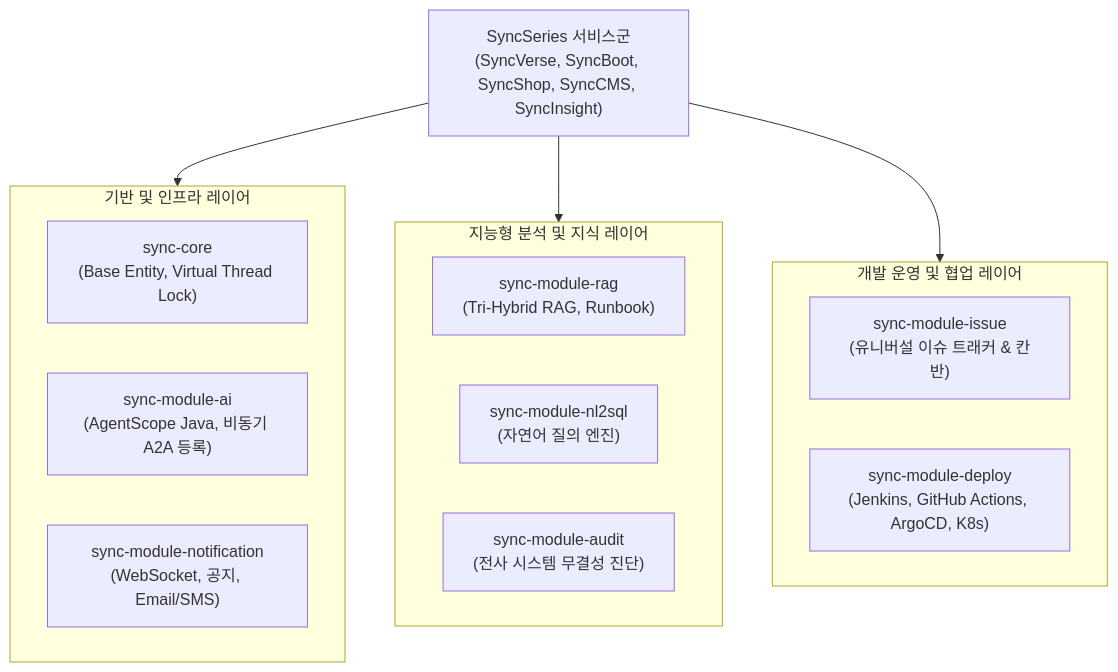
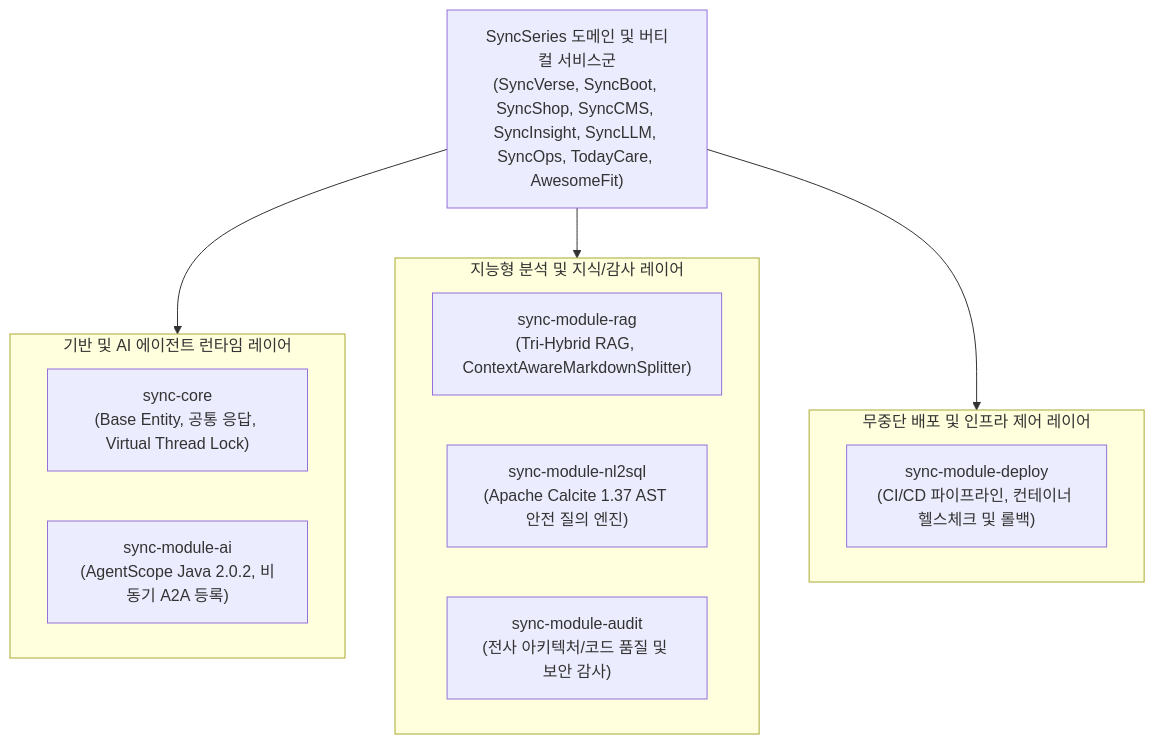
Before and after one commit to DramaticCollaboration/doc.github.io: the first of 2 diagrams in ko/ecosystem/shared-modules-and-sdk.md, drawn with Mermaid. The commit also changed other lines of this file and 49 other files, not shown here.

````diff
--- a/ko/ecosystem/shared-modules-and-sdk.md
+++ b/ko/ecosystem/shared-modules-and-sdk.md
@@ -20,25 +20,23 @@
 ```mermaid
 graph TD
-    App["SyncSeries 서비스군\n(SyncVerse, SyncBoot, SyncShop, SyncCMS, SyncInsight)"]
+    App["SyncSeries 도메인 및 버티컬 서비스군\n(SyncVerse, SyncBoot, SyncShop, SyncCMS, SyncInsight, SyncLLM, SyncOps, TodayCare, AwesomeFit)"]
     
-    subgraph CoreFoundation ["기반 및 인프라 레이어"]
-        Core["sync-core\n(Base Entity, Virtual Thread Lock)"]
-        Ai["sync-module-ai\n(AgentScope Java, 비동기 A2A 등록)"]
-        Noti["sync-module-notification\n(WebSocket, 공지, Email/SMS)"]
+    subgraph CoreFoundation ["기반 및 AI 에이전트 런타임 레이어"]
+        Core["sync-core\n(Base Entity, 공통 응답, Virtual Thread Lock)"]
+        Ai["sync-module-ai\n(AgentScope Java 2.0.2, 비동기 A2A 등록)"]
     end
 
-    subgraph IntelligenceLayer ["지능형 분석 및 지식 레이어"]
-        Rag["sync-module-rag\n(Tri-Hybrid RAG, Runbook)"]
-        Nl2Sql["sync-module-nl2sql\n(자연어 질의 엔진)"]
-        Audit["sync-module-audit\n(전사 시스템 무결성 진단)"]
+    subgraph IntelligenceLayer ["지능형 분석 및 지식/감사 레이어"]
+        Rag["sync-module-rag\n(Tri-Hybrid RAG, ContextAwareMarkdownSplitter)"]
+        Nl2Sql["sync-module-nl2sql\n(Apache Calcite 1.37 AST 안전 질의 엔진)"]
+        Audit["sync-module-audit\n(전사 아키텍처/코드 품질 및 보안 감사)"]
     end
 
-    subgraph DeliveryLayer ["개발 운영 및 협업 레이어"]
-        Issue["sync-module-issue\n(유니버설 이슈 트래커 & 칸반)"]
-        Deploy["sync-module-deploy\n(Jenkins, GitHub Actions, ArgoCD, K8s)"]
+    subgraph DeliveryLayer ["무중단 배포 및 인프라 제어 레이어"]
+        Deploy["sync-module-deploy\n(CI/CD 파이프라인, 컨테이너 헬스체크 및 롤백)"]
     end
 
     App --> CoreFoundation
     App --> IntelligenceLayer
     App --> DeliveryLayer
 ```
````
